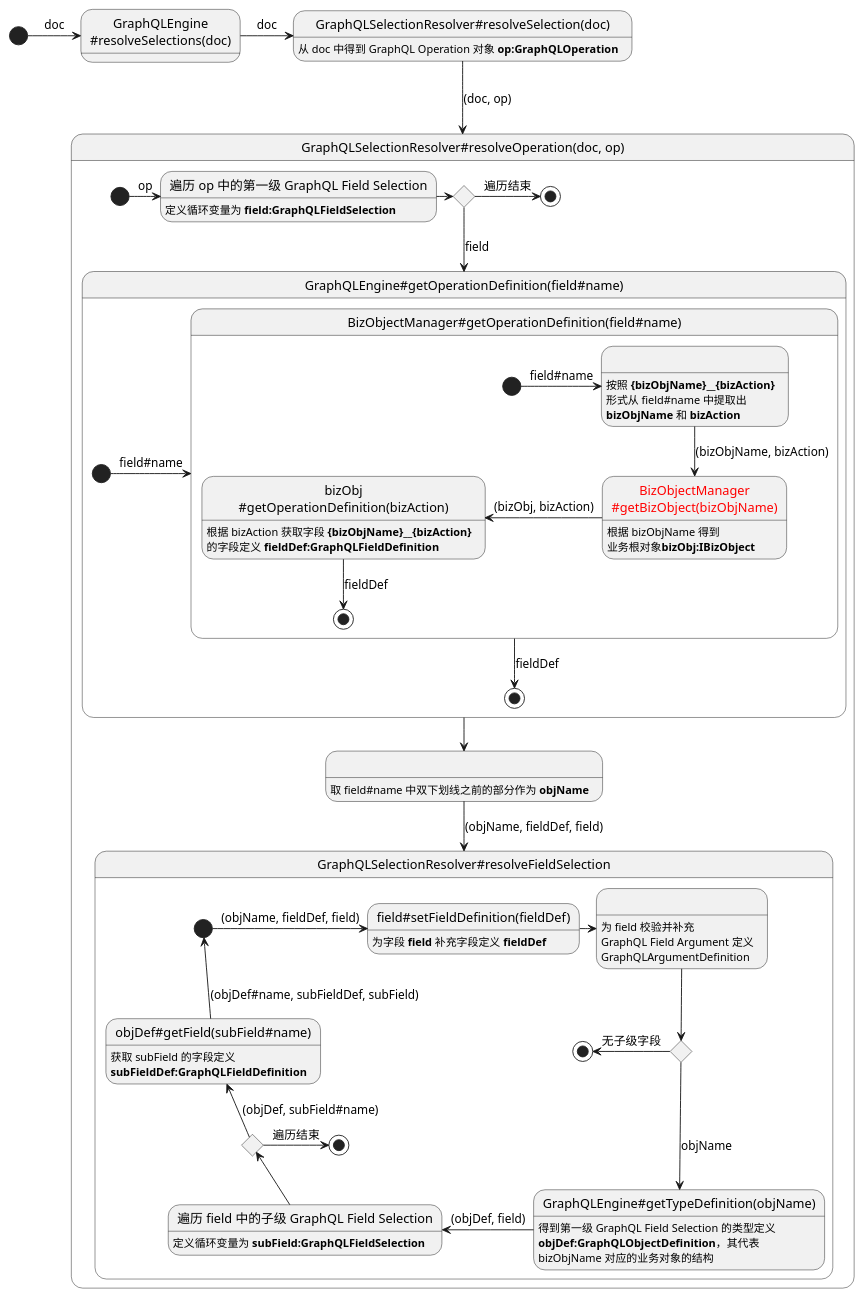
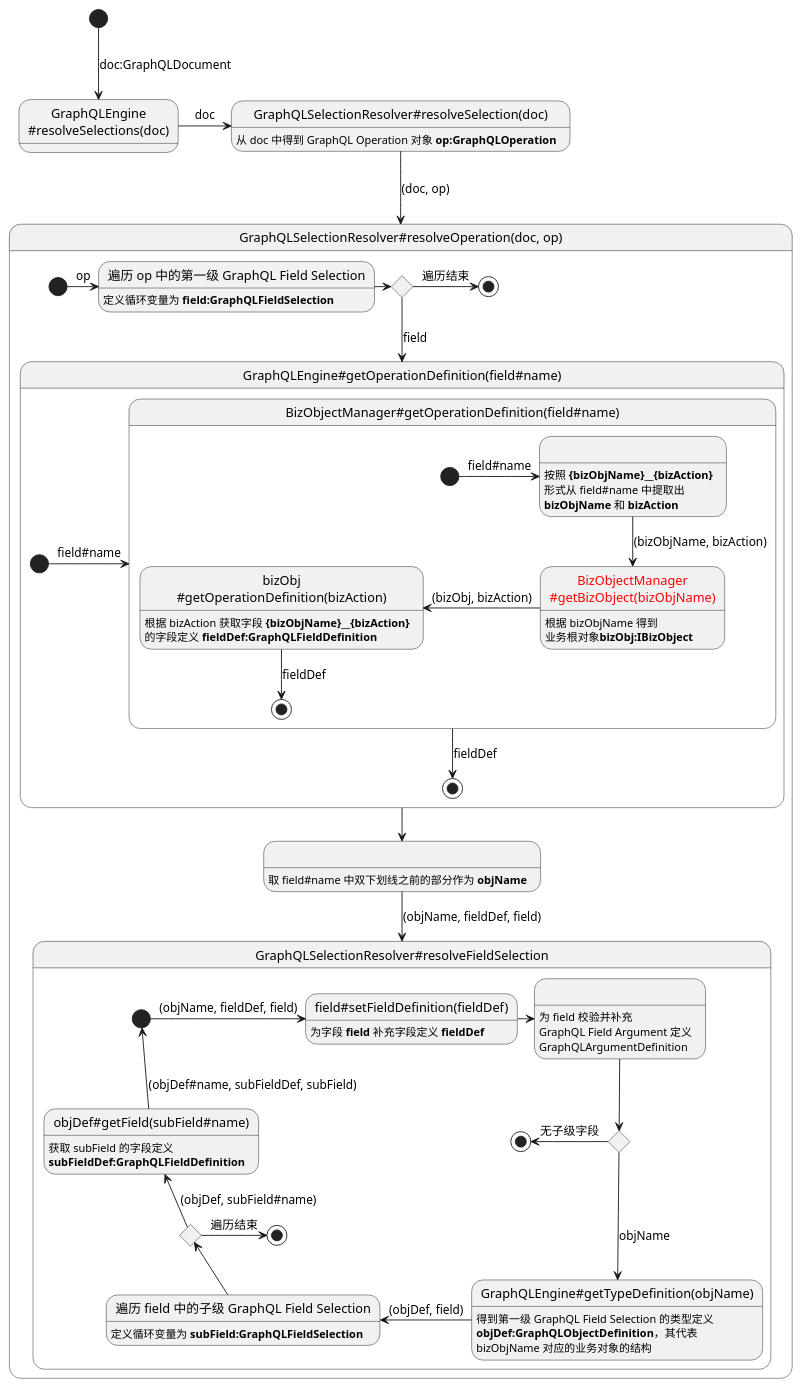
The fourth of 5 diagrams in docs/400.implement/400.component/100.graphql.md (crazydan-studio/nop.crazydan.io), drawn with PlantUML before and after one commit. The commit also changed other lines of this file, not shown here.

````diff
--- a/docs/400.implement/400.component/100.graphql.md
+++ b/docs/400.implement/400.component/100.graphql.md
@@ -423,68 +419,68 @@
 ```plantuml
 state "GraphQLEngine\n~#resolveSelections(doc)" as call_engine_resolveSelections
 state "GraphQLSelectionResolver#resolveSelection(doc)" as call_resolver_resolveSelection: 从 doc 中得到 GraphQL Operation 对象 <b>op:GraphQLOperation</b>
 
-[*] -> call_engine_resolveSelections: doc
+[*] -down-> call_engine_resolveSelections: doc:GraphQLDocument
 call_engine_resolveSelections -> call_resolver_resolveSelection: doc
 call_resolver_resolveSelection -down-> call_resolver_resolveOperation: (doc, op)
 
 state "GraphQLSelectionResolver#resolveOperation(doc, op)" as call_resolver_resolveOperation {
   state "遍历 op 中的第一级 GraphQL Field Selection" as get_field_from_op: 定义循环变量为 <b>field:GraphQLFieldSelection</b>
   state " " as split_objName_from_op: 取 field#name 中双下划线之前的部分作为 <b>objName</b>
   state has_op_field <<choice>>
 
   [*] -right-> get_field_from_op: op
   get_field_from_op -right-> has_op_field
 
   has_op_field -right-> [*]: 遍历结束
   has_op_field -down-> call_engine_getOperationDefinition: field
 
   call_engine_getOperationDefinition -down-> split_objName_from_op
   split_objName_from_op -down-> call_resolver_resolveFieldSelection: (objName, fieldDef, field)
 
   state "GraphQLEngine~#getOperationDefinition(field#name)" as call_engine_getOperationDefinition {
     [*] -right-> call_bizObj_getOperationDefinition: field#name
     call_bizObj_getOperationDefinition -down-> [*]: fieldDef
 
     state "BizObjectManager#getOperationDefinition(field#name)" as call_bizObj_getOperationDefinition {
       state " " as split_field_name: 按照 **{bizObjName}__{bizAction}**\n形式从 field#name 中提取出\n**bizObjName** 和 **bizAction**
       state "<color:red>BizObjectManager\n<color:red>~#getBizObject(bizObjName)" as call_biz_obj_man_getBizObject: 根据 bizObjName 得到\n业务根对象<b>bizObj:IBizObject</b>
       state "bizObj\n~#getOperationDefinition(bizAction)" as call_biz_obj_getOperationDefinition: 根据 bizAction 获取字段 **{bizObjName}__{bizAction}**\n的字段定义 <b>fieldDef:GraphQLFieldDefinition</b>
 
       [*] -right-> split_field_name: field#name
       split_field_name -down-> call_biz_obj_man_getBizObject: (bizObjName, bizAction)
       call_biz_obj_man_getBizObject -left-> call_biz_obj_getOperationDefinition: (bizObj, bizAction)
       call_biz_obj_getOperationDefinition -down-> [*]: fieldDef
     }
   }
 
   state "GraphQLSelectionResolver~#resolveFieldSelection" as call_resolver_resolveFieldSelection {
     state "field#setFieldDefinition(fieldDef)" as call_field_setFieldDefinition: 为字段 <b>field</b> 补充字段定义 <b>fieldDef</b>
     state " " as validate_field_args: 为 field 校验并补充\nGraphQL Field Argument 定义\nGraphQLArgumentDefinition
     state top_has_sub_field <<choice>>
 
     state "GraphQLEngine#getTypeDefinition(objName)" as call_engine_getTypeDefinition: 得到第一级 GraphQL Field Selection 的类型定义\n<b>objDef:GraphQLObjectDefinition</b>，其代表\nbizObjName 对应的业务对象的结构
     state "遍历 field 中的子级 GraphQL Field Selection" as get_field_from_field: 定义循环变量为 <b>subField:GraphQLFieldSelection</b>
     state "objDef#getField(subField#name)" as call_obj_def_getField: 获取 subField 的字段定义\n<b>subFieldDef:GraphQLFieldDefinition</b>
     state has_sub_field <<choice>>
     state start <<start>>
     state end0 <<end>>
     state end1 <<end>>
 
     start -right-> call_field_setFieldDefinition: (objName, fieldDef, field)
     call_field_setFieldDefinition -right-> validate_field_args
     validate_field_args -down-> top_has_sub_field
 
     top_has_sub_field -left-> end0: 无子级字段
     top_has_sub_field -down-> call_engine_getTypeDefinition: objName
 
     call_engine_getTypeDefinition -left-> get_field_from_field: (objDef, field)
     get_field_from_field -up-> has_sub_field
 
     has_sub_field -right-> end1: 遍历结束
     has_sub_field -up-> call_obj_def_getField: (objDef, subField#name)
 
     call_obj_def_getField -up-> start: (objDef#name, subFieldDef, subField)
   }
 }
 ```
````
